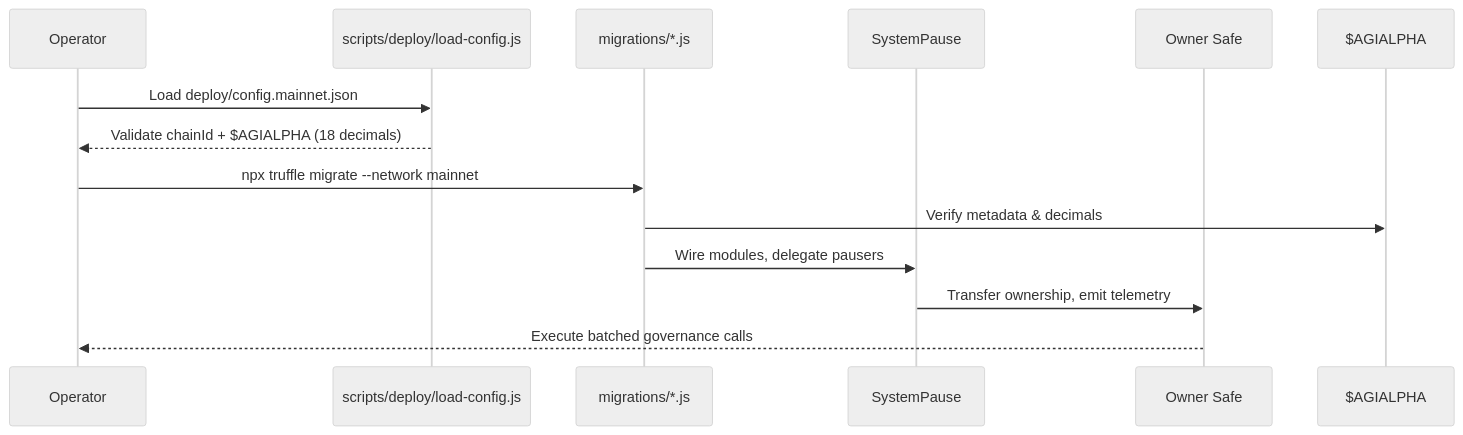
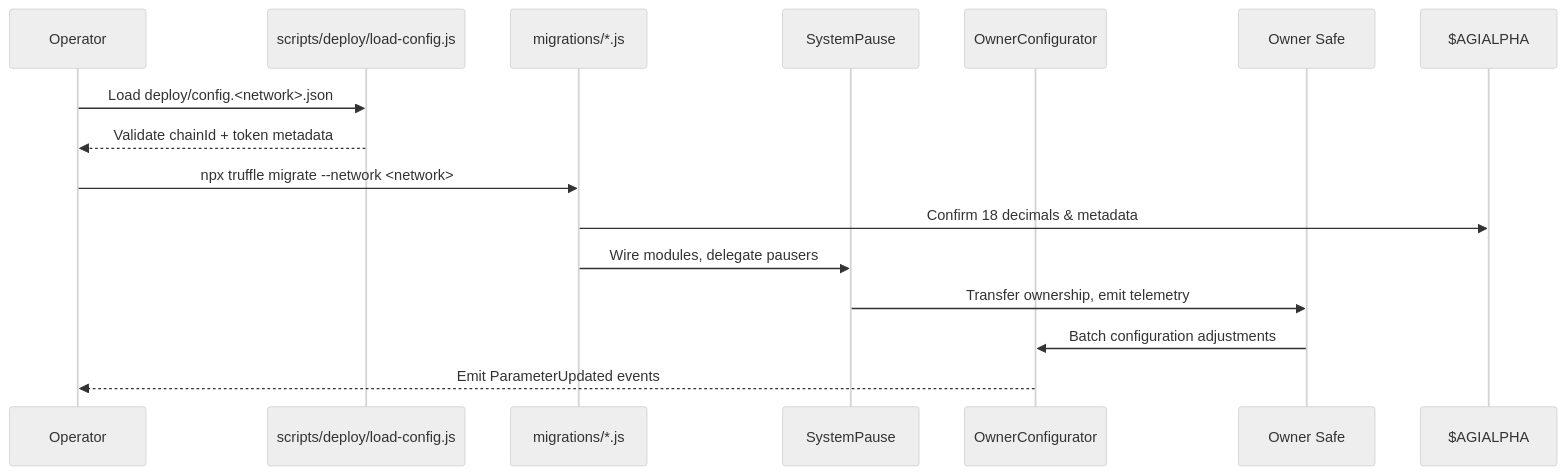
One commit to MontrealAI/agijobs-sovereign-labor-v0p1 changed the fifth of 5 diagrams in README.md. Above: the diagram before and after it, drawn with Mermaid (neutral theme). The commit also changed other lines of this file, not shown here.

Commit message:
Refresh README with updated architecture and CI guidance

````diff
--- a/README.md
+++ b/README.md
@@ -226,16 +238,18 @@
 ```mermaid
 sequenceDiagram
     participant Operator
     participant Loader as scripts/deploy/load-config.js
     participant Migrations as migrations/*.js
     participant Pause as SystemPause
+    participant Config as OwnerConfigurator
     participant Safe as Owner Safe
     participant Token as $AGIALPHA
-    Operator->>Loader: Load deploy/config.mainnet.json
-    Loader-->>Operator: Validate chainId + $AGIALPHA (18 decimals)
-    Operator->>Migrations: npx truffle migrate --network mainnet
-    Migrations->>Token: Verify metadata & decimals
+    Operator->>Loader: Load deploy/config.<network>.json
+    Loader-->>Operator: Validate chainId + token metadata
+    Operator->>Migrations: npx truffle migrate --network <network>
+    Migrations->>Token: Confirm 18 decimals & metadata
     Migrations->>Pause: Wire modules, delegate pausers
     Pause->>Safe: Transfer ownership, emit telemetry
-    Safe-->>Operator: Execute batched governance calls
+    Safe->>Config: Batch configuration adjustments
+    Config-->>Operator: Emit ParameterUpdated events
 ```
````
